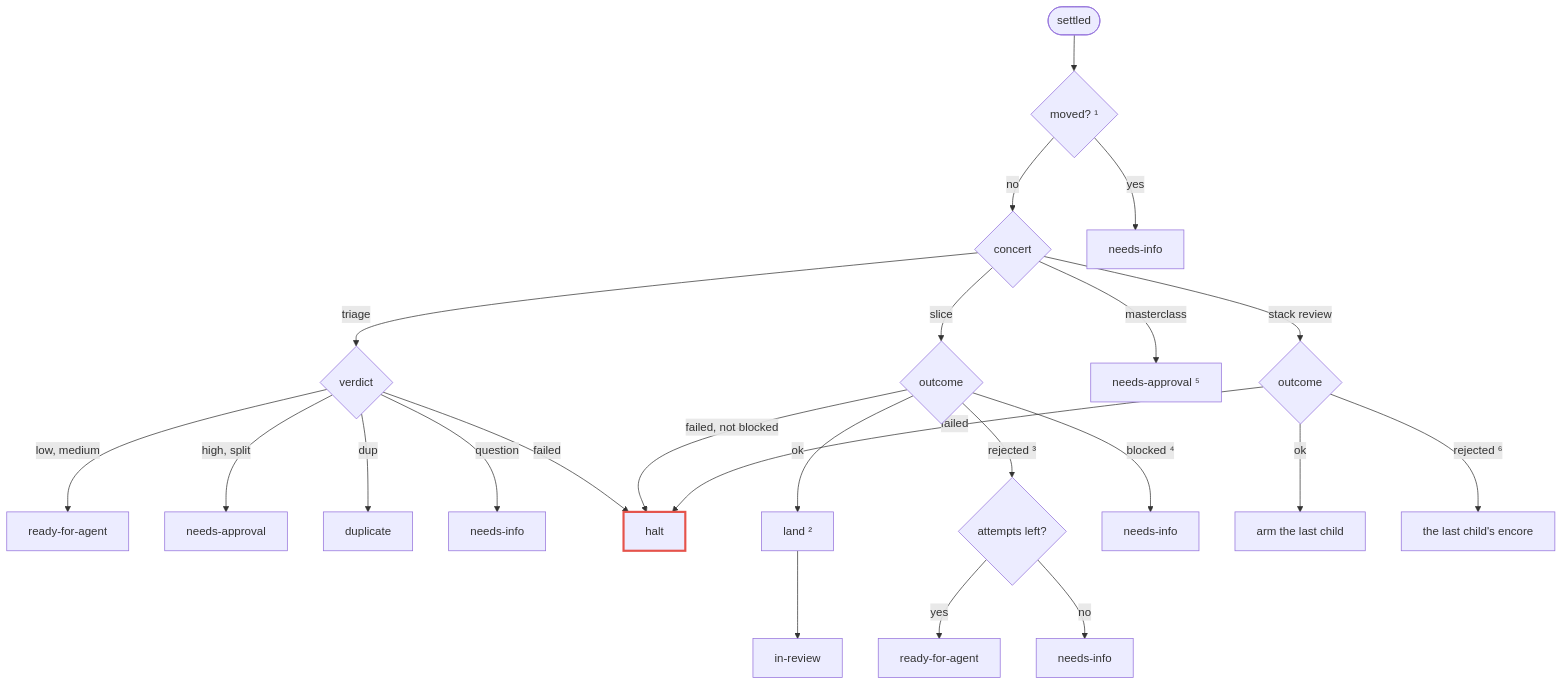
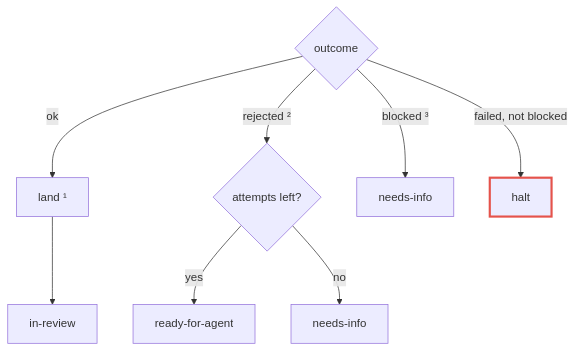
One commit to dvalnn/maestro changed the seventh of 9 diagrams in docs/agents/factory.md. Above: the diagram before and after it, drawn with Mermaid. The commit also changed other lines of this file and 9 other files, not shown here.

First line of the commit message:
feat(factory): run a triage or masterclass beside a build in the tick

````diff
--- a/docs/agents/factory.md
+++ b/docs/agents/factory.md
@@ -131,27 +176,13 @@
 ```mermaid
 flowchart TD
-    S(["settled"]) --> M{"moved? ¹"}
-    M -->|no| K{"concert"}
-    K -->|triage| V{"verdict"}
-    V -->|"low, medium"| RA["ready-for-agent"]
-    V -->|"high, split"| NA["needs-approval"]
-    V -->|dup| DU["duplicate"]
-    V -->|question| NI1["needs-info"]
-    V -->|failed| HALT
-    K -->|slice| O{"outcome"}
-    O -->|ok| LAND["land ²"] --> IR["in-review"]
-    O -->|"rejected ³"| A{"attempts left?"}
-    A -->|yes| RA2["ready-for-agent"]
-    A -->|no| NI2["needs-info"]
-    O -->|"blocked ⁴"| NI3["needs-info"]
+    O{"outcome"}
+    O -->|ok| LAND["land ¹"] --> IR["in-review"]
+    O -->|"rejected ²"| A{"attempts left?"}
+    A -->|yes| RA["ready-for-agent"]
+    A -->|no| NI["needs-info"]
+    O -->|"blocked ³"| NB["needs-info"]
     O -->|"failed, not blocked"| HALT["halt"]
-    K -->|masterclass| PR["needs-approval ⁵"]
-    K -->|"stack review"| SV{"outcome"}
-    SV -->|ok| ARM["arm the last child"]
-    SV -->|"rejected ⁶"| FD["the last child's encore"]
-    SV -->|failed| HALT
-    M -->|yes| PK["needs-info"]
 
     classDef fault stroke:#e5534b,stroke-width:3px
     class HALT fault
 ```
````
